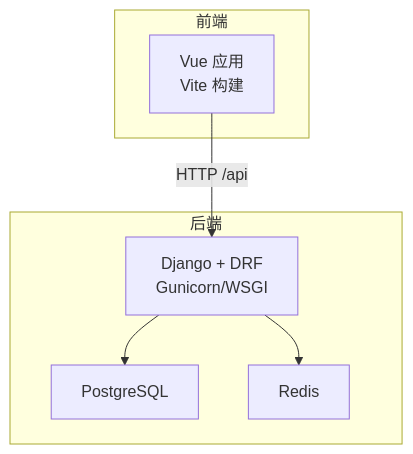
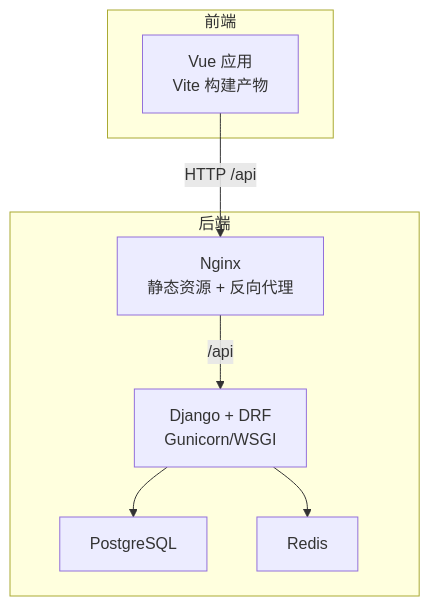
Before and after one commit to zyp-coder/Metadata: the first of 3 diagrams in .qoder/repowiki/zh/content/部署配置/部署配置.md, drawn with Mermaid. The commit also changed other lines of this file and 40 other files, not shown here.

````diff
--- a/.qoder/repowiki/zh/content/部署配置/部署配置.md
+++ b/.qoder/repowiki/zh/content/部署配置/部署配置.md
@@ -37,14 +42,16 @@
 ```mermaid
 graph TB
 subgraph "前端"
-FE["Vue 应用<br/>Vite 构建"]
+FE["Vue 应用<br/>Vite 构建产物"]
 end
 subgraph "后端"
 BE["Django + DRF<br/>Gunicorn/WSGI"]
 DB["PostgreSQL"]
 RC["Redis"]
+NGINX["Nginx<br/>静态资源 + 反向代理"]
 end
-FE --> |HTTP /api| BE
+FE --> |HTTP /api| NGINX
+NGINX --> |/api| BE
 BE --> DB
 BE --> RC
 ```
````
